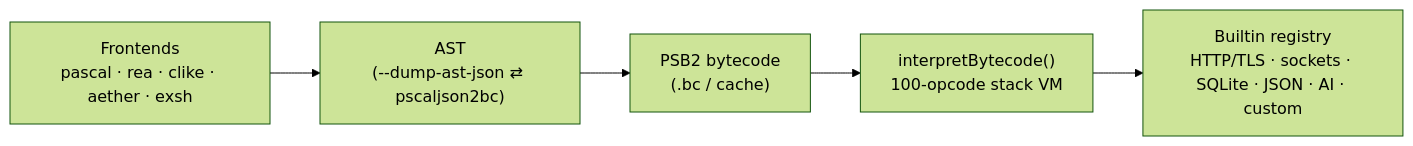
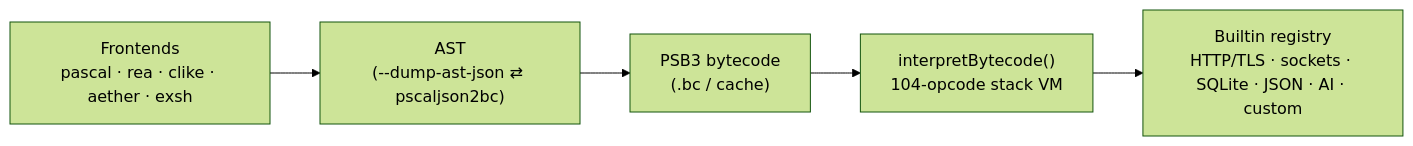
The diagram in Docs/pscal_vm_manual/pscal_vm_manual.md (emkey1/pscal), drawn with Mermaid (forest theme) before and after one commit. The commit also changed other lines of this file and 2 other files, not shown here.

````diff
--- a/Docs/pscal_vm_manual/pscal_vm_manual.md
+++ b/Docs/pscal_vm_manual/pscal_vm_manual.md
@@ -12,10 +12,10 @@
 ```mermaid
 graph LR
     FE["Frontends\npascal · rea · clike · aether · exsh"]
     AST["AST\n(--dump-ast-json ⇄ pscaljson2bc)"]
-    BC["PSB2 bytecode\n(.bc / cache)"]
-    VM["interpretBytecode()\n100-opcode stack VM"]
+    BC["PSB3 bytecode\n(.bc / cache)"]
+    VM["interpretBytecode()\n104-opcode stack VM"]
     NB["Builtin registry\nHTTP/TLS · sockets · SQLite · JSON · AI · custom"]
 
     FE --> AST --> BC --> VM --> NB
 ```
````
